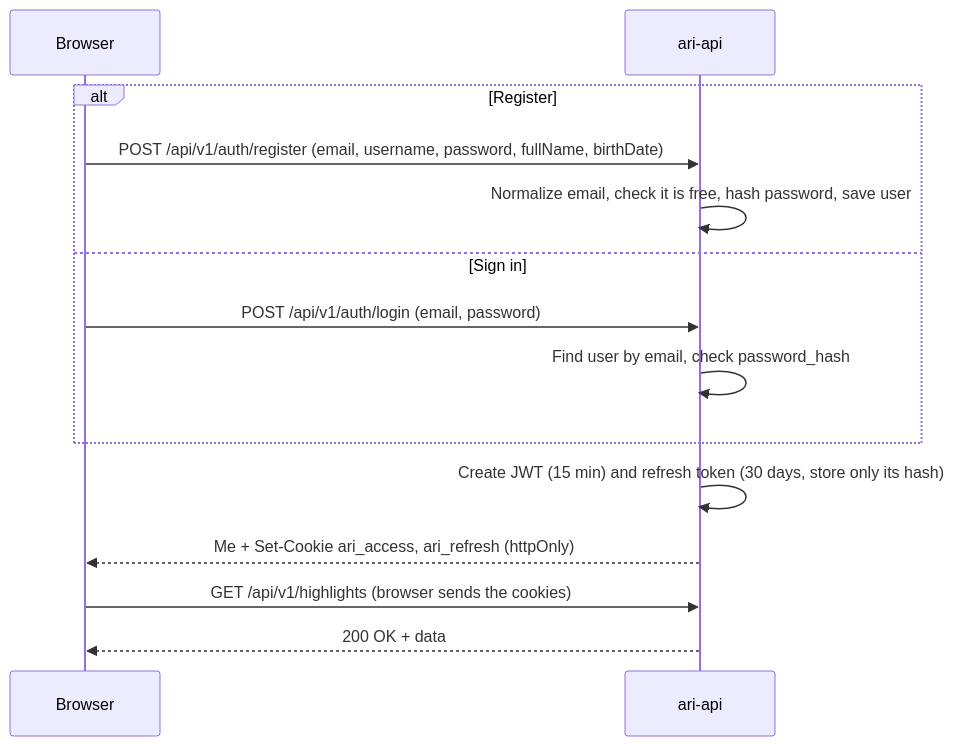
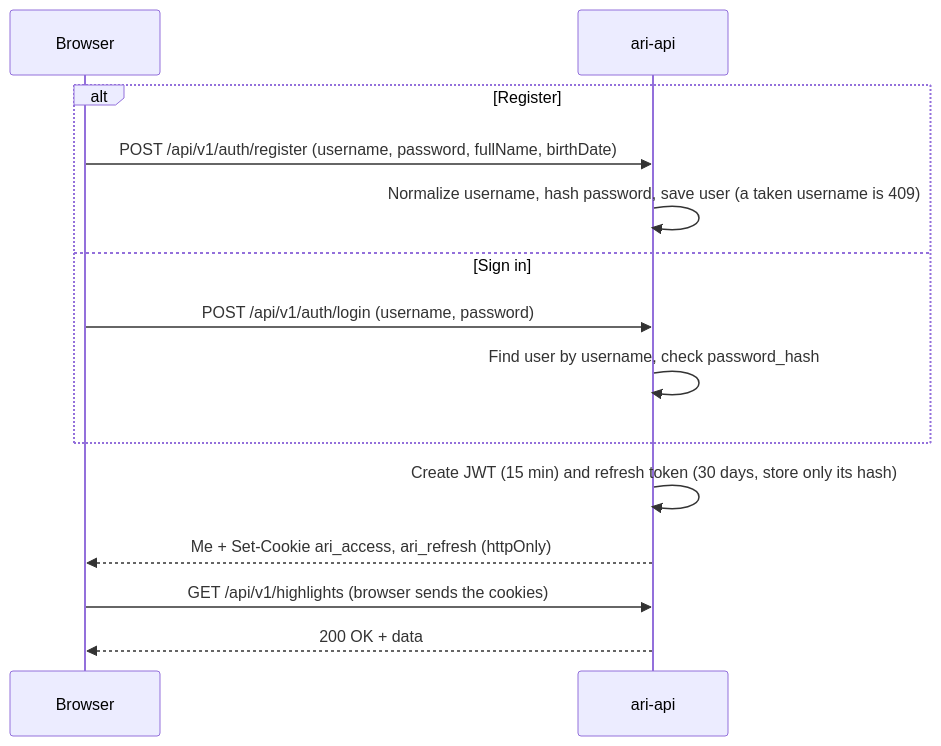
Before and after one commit to salimsalimzade/ari-api: the first of 7 diagrams in docs/sequences.md, drawn with Mermaid. The commit also changed 30 other files, not shown here.

````diff
--- a/docs/sequences.md
+++ b/docs/sequences.md
@@ -17,16 +17,16 @@
 ```mermaid
 sequenceDiagram
   participant B as Browser
   participant A as ari-api
   alt Register
-    B->>A: POST /api/v1/auth/register (email, username, password, fullName, birthDate)
-    A->>A: Normalize email, check it is free, hash password, save user
+    B->>A: POST /api/v1/auth/register (username, password, fullName, birthDate)
+    A->>A: Normalize username, hash password, save user (a taken username is 409)
   else Sign in
-    B->>A: POST /api/v1/auth/login (email, password)
-    A->>A: Find user by email, check password_hash
+    B->>A: POST /api/v1/auth/login (username, password)
+    A->>A: Find user by username, check password_hash
   end
   A->>A: Create JWT (15 min) and refresh token (30 days, store only its hash)
   A-->>B: Me + Set-Cookie ari_access, ari_refresh (httpOnly)
   B->>A: GET /api/v1/highlights (browser sends the cookies)
   A-->>B: 200 OK + data
 ```
````
